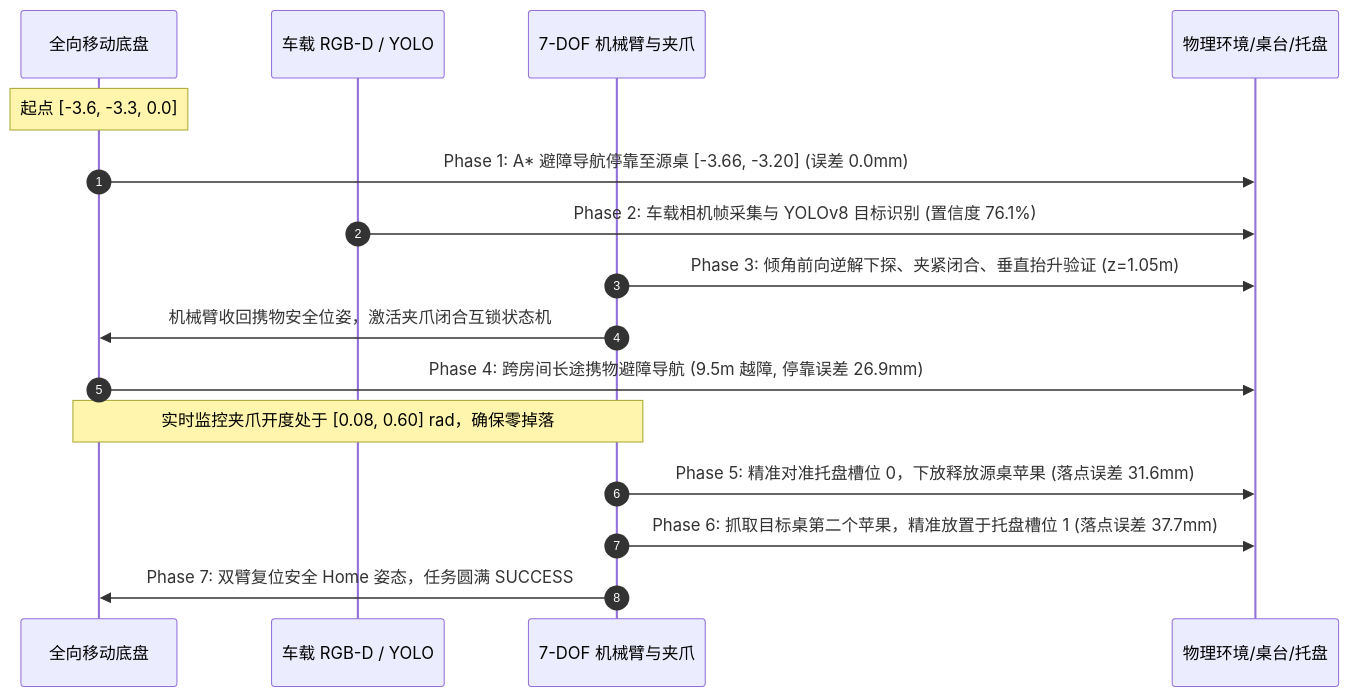
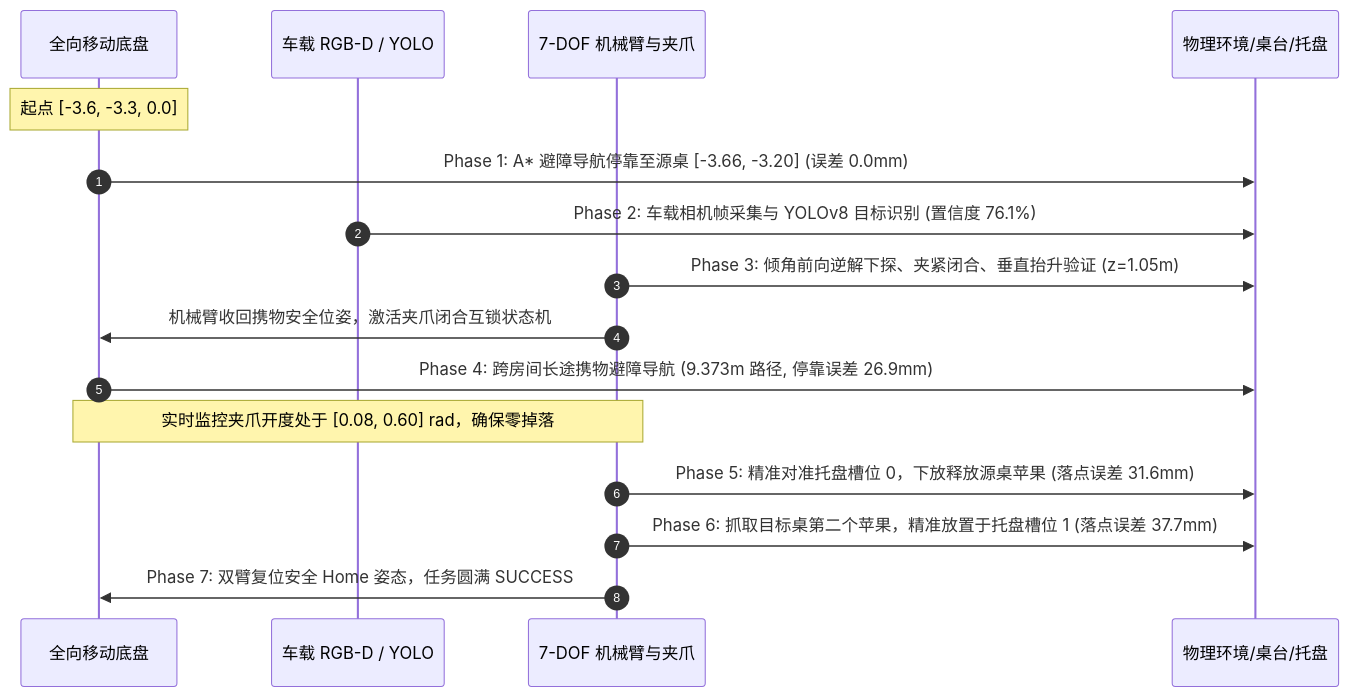
One commit to YunHaiKong/YunHaiKong.github.io changed the second of 2 diagrams in src/content/posts/hello-robot-capstone-practices-ch6-ch9-ch12.md. Above: the diagram before and after it, drawn with Mermaid. The commit also changed other lines of this file and 98 other files, not shown here.

````diff
--- a/src/content/posts/hello-robot-capstone-practices-ch6-ch9-ch12.md
+++ b/src/content/posts/hello-robot-capstone-practices-ch6-ch9-ch12.md
@@ -150,19 +153,19 @@
 ```mermaid
 sequenceDiagram
     autonumber
     participant Base as 全向移动底盘
     participant Cam as 车载 RGB-D / YOLO
     participant Arm as 7-DOF 机械臂与夹爪
     participant Table as 物理环境/桌台/托盘
 
     Note over Base: 起点 [-3.6, -3.3, 0.0]
     Base->>Table: Phase 1: A* 避障导航停靠至源桌 [-3.66, -3.20] (误差 0.0mm)
     Cam->>Table: Phase 2: 车载相机帧采集与 YOLOv8 目标识别 (置信度 76.1%)
     Arm->>Table: Phase 3: 倾角前向逆解下探、夹紧闭合、垂直抬升验证 (z=1.05m)
     Arm->>Base: 机械臂收回携物安全位姿，激活夹爪闭合互锁状态机
-    Base->>Table: Phase 4: 跨房间长途携物避障导航 (9.5m 越障, 停靠误差 26.9mm)
+    Base->>Table: Phase 4: 跨房间长途携物避障导航 (9.373m 路径, 停靠误差 26.9mm)
     Note over Base,Arm: 实时监控夹爪开度处于 [0.08, 0.60] rad，确保零掉落
     Arm->>Table: Phase 5: 精准对准托盘槽位 0，下放释放源桌苹果 (落点误差 31.6mm)
     Arm->>Table: Phase 6: 抓取目标桌第二个苹果，精准放置于托盘槽位 1 (落点误差 37.7mm)
     Arm->>Base: Phase 7: 双臂复位安全 Home 姿态，任务圆满 SUCCESS
 ```
````
